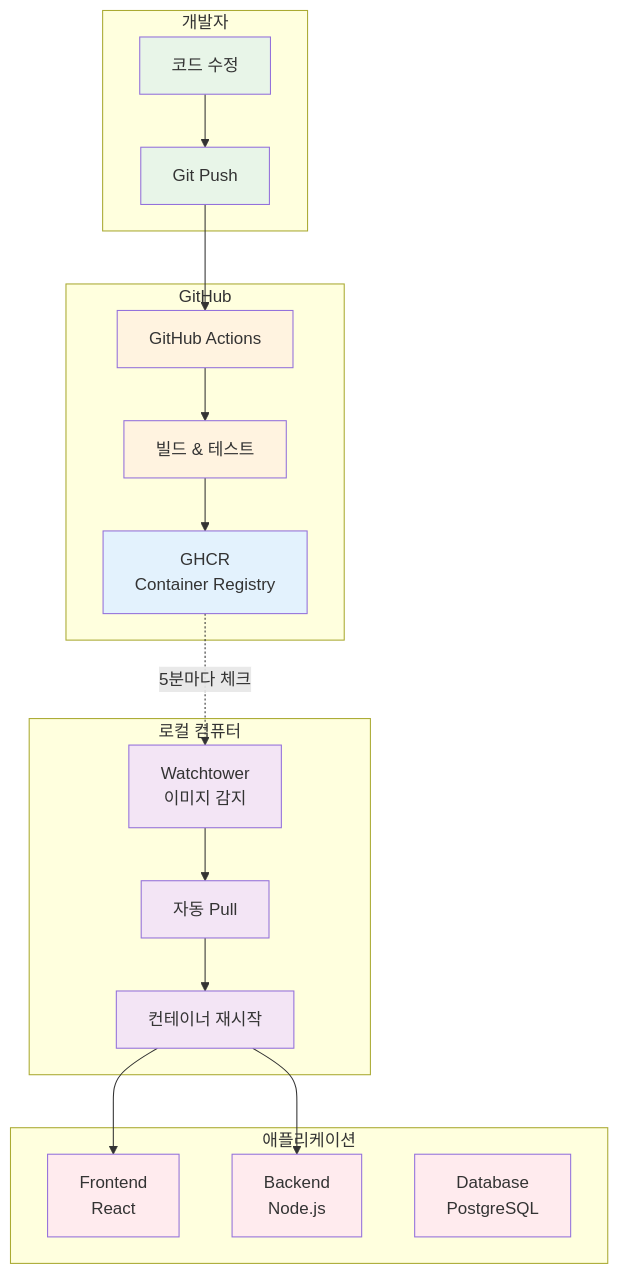
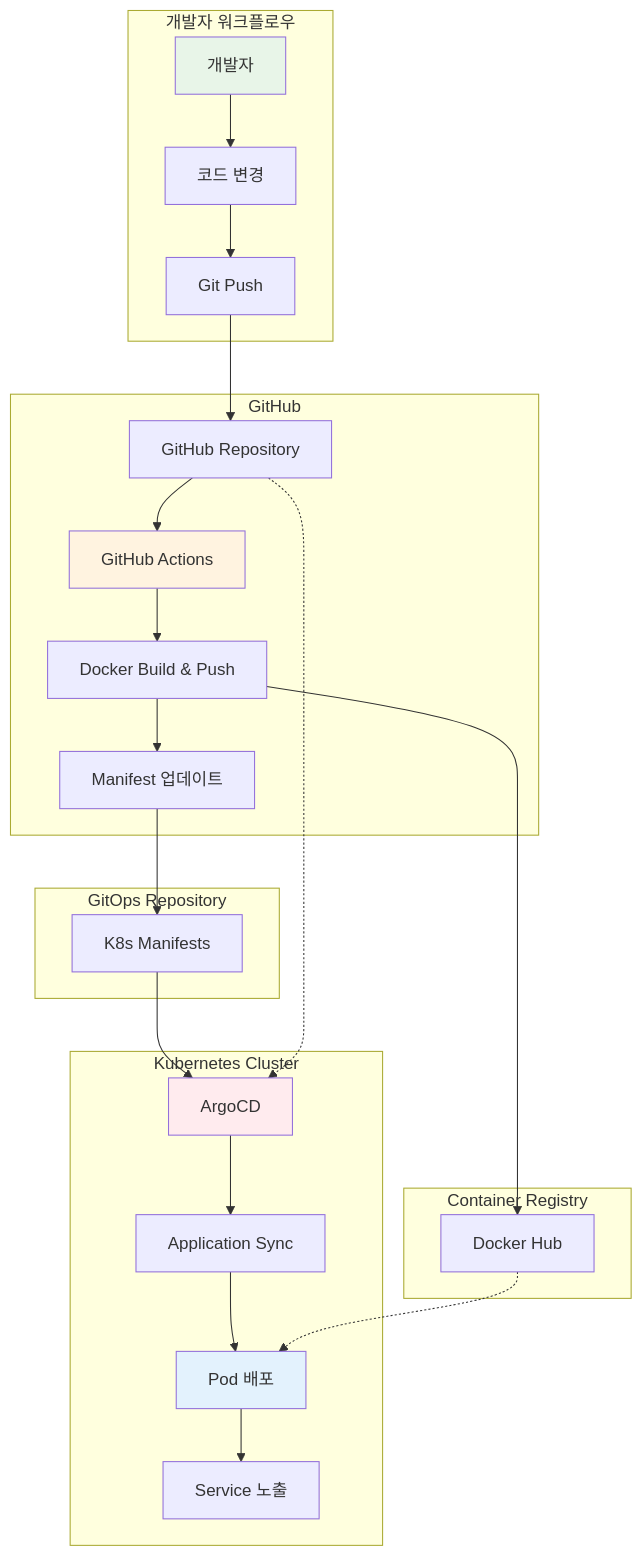
One commit to niceguy61/kdt_devops_lecture_2025 changed the first of 3 diagrams in theory/week_04/day4/lab_1.md. Above: the diagram before and after it, drawn with Mermaid. The commit also changed other lines of this file, not shown here.

````diff
--- a/theory/week_04/day4/lab_1.md
+++ b/theory/week_04/day4/lab_1.md
@@ -35,48 +33,37 @@
 ```mermaid
 graph TB
-    subgraph "개발자"
-        A[코드 수정]
-        B[Git Push]
+    subgraph "개발자 워크플로우"
+        A[개발자] --> B[코드 변경]
+        B --> C[Git Push]
     end
     
     subgraph "GitHub"
-        C[GitHub Actions]
-        D[빌드 & 테스트]
-        E[GHCR<br/>Container Registry]
+        C --> D[GitHub Repository]
+        D --> E[GitHub Actions]
+        E --> F[Docker Build & Push]
+        F --> G[Manifest 업데이트]
     end
     
-    subgraph "로컬 컴퓨터"
-        F[Watchtower<br/>이미지 감지]
-        G[자동 Pull]
-        H[컨테이너 재시작]
+    subgraph "Container Registry"
+        F --> H[Docker Hub]
     end
     
-    subgraph "애플리케이션"
-        I[Frontend<br/>React]
-        J[Backend<br/>Node.js]
-        K[Database<br/>PostgreSQL]
+    subgraph "Kubernetes Cluster"
+        I[ArgoCD] --> J[Application Sync]
+        J --> K[Pod 배포]
+        K --> L[Service 노출]
     end
     
-    A --> B
-    B --> C
-    C --> D
-    D --> E
-    E -.5분마다 체크.-> F
-    F --> G
-    G --> H
-    H --> I
-    H --> J
-    K
+    subgraph "GitOps Repository"
+        G --> M[K8s Manifests]
+        M --> I
+    end
+    
+    D -.-> I
+    H -.-> K
     
     style A fill:#e8f5e8
-    style B fill:#e8f5e8
-    style C fill:#fff3e0
-    style D fill:#fff3e0
-    style E fill:#e3f2fd
-    style F fill:#f3e5f5
-    style G fill:#f3e5f5
-    style H fill:#f3e5f5
+    style E fill:#fff3e0
     style I fill:#ffebee
-    style J fill:#ffebee
-    style K fill:#ffebee
+    style K fill:#e3f2fd
 ```
````
